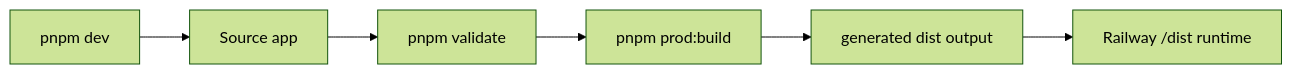
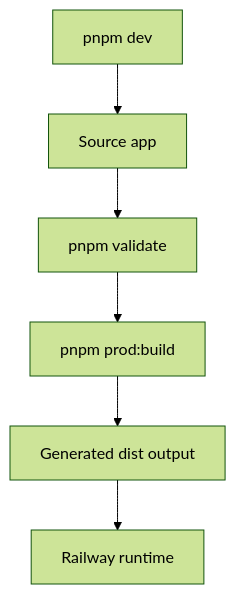
One commit to Nexthood/useclevr-production-2026 changed the diagram in docs/Developer_Guides/PACKAGE_JSON.md. Above: the diagram before and after it, drawn with Mermaid (forest theme). The commit also changed other lines of this file and 13 other files, not shown here.

````diff
--- a/docs/Developer_Guides/PACKAGE_JSON.md
+++ b/docs/Developer_Guides/PACKAGE_JSON.md
@@ -17,8 +17,8 @@
 ```mermaid
-flowchart LR
+flowchart TD
   Dev[pnpm dev] --> Source[Source app]
   Source --> Validate[pnpm validate]
   Validate --> Publish[pnpm prod:build]
-  Publish --> Dist[generated dist output]
-  Dist --> Railway[Railway /dist runtime]
+  Publish --> Dist[Generated dist output]
+  Dist --> Railway[Railway runtime]
 ```
````
